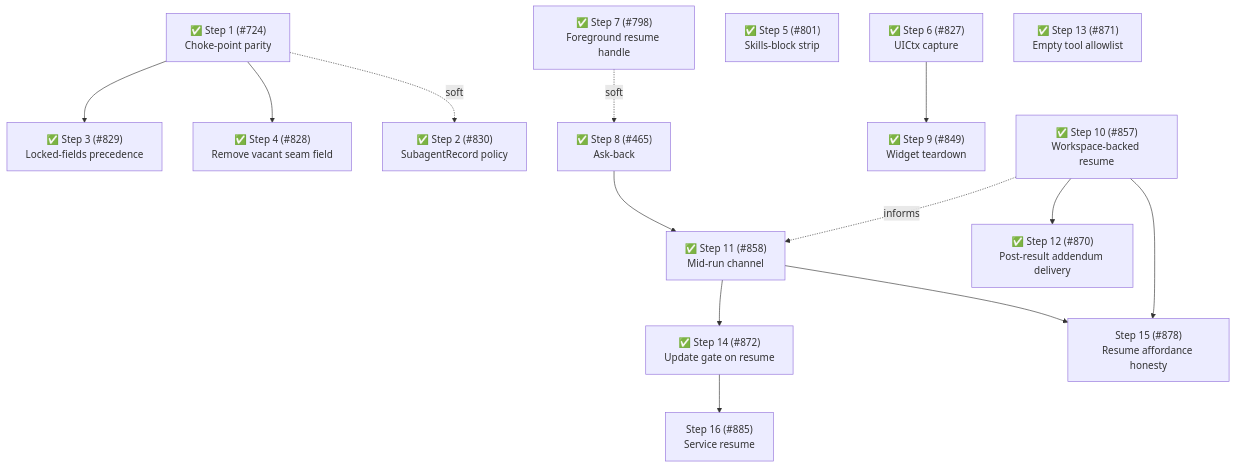
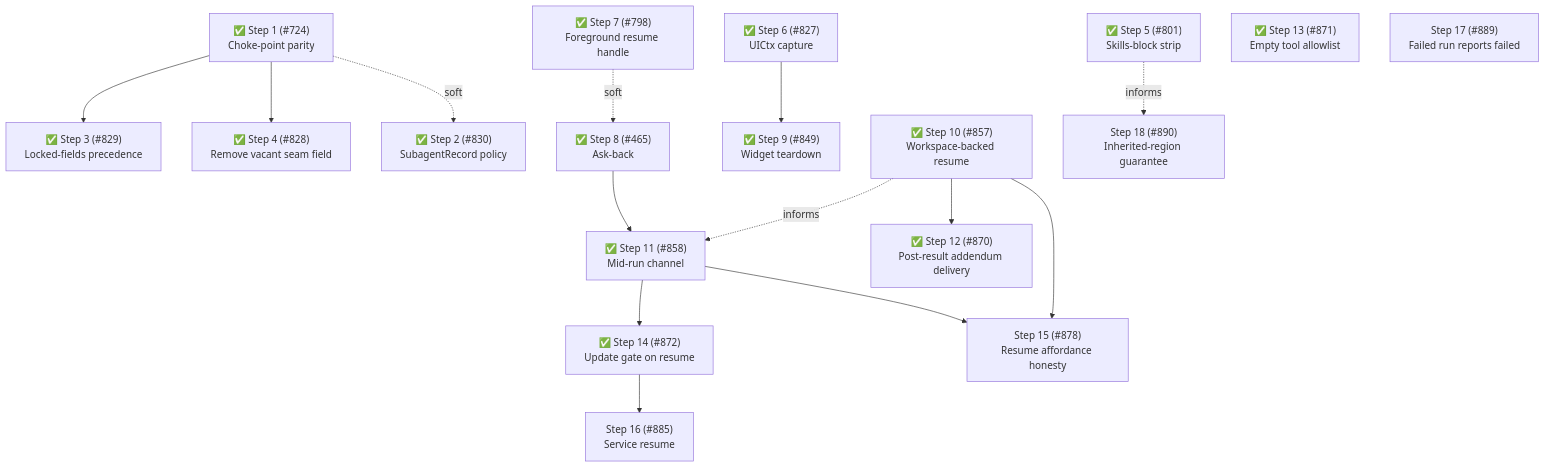
Before and after one commit to gotgenes/pi-packages: the sixth of 6 diagrams in packages/pi-subagents/docs/architecture/architecture.md, drawn with Mermaid. The commit also changed other lines of this file, not shown here.

````diff
--- a/packages/pi-subagents/docs/architecture/architecture.md
+++ b/packages/pi-subagents/docs/architecture/architecture.md
@@ -1188,17 +1225,19 @@
 ```mermaid
 flowchart TD
     S1["✅ Step 1 (#724)<br/>Choke-point parity"] --> S3["✅ Step 3 (#829)<br/>Locked-fields precedence"]
     S1 --> S4["✅ Step 4 (#828)<br/>Remove vacant seam field"]
     S1 -.soft.-> S2["✅ Step 2 (#830)<br/>SubagentRecord policy"]
     S7["✅ Step 7 (#798)<br/>Foreground resume handle"] -.soft.-> S8["✅ Step 8 (#465)<br/>Ask-back"]
     S5["✅ Step 5 (#801)<br/>Skills-block strip"]
     S6["✅ Step 6 (#827)<br/>UICtx capture"] --> S9["✅ Step 9 (#849)<br/>Widget teardown"]
     S8 --> S11["✅ Step 11 (#858)<br/>Mid-run channel"]
     S10["✅ Step 10 (#857)<br/>Workspace-backed resume"] -.informs.-> S11
     S10 --> S12["✅ Step 12 (#870)<br/>Post-result addendum delivery"]
     S11 --> S14["✅ Step 14 (#872)<br/>Update gate on resume"]
     S13["✅ Step 13 (#871)<br/>Empty tool allowlist"]
     S10 --> S15["Step 15 (#878)<br/>Resume affordance honesty"]
     S11 --> S15
     S14 --> S16["Step 16 (#885)<br/>Service resume"]
+    S17["Step 17 (#889)<br/>Failed run reports failed"]
+    S5 -.informs.-> S18["Step 18 (#890)<br/>Inherited-region guarantee"]
 ```
````
